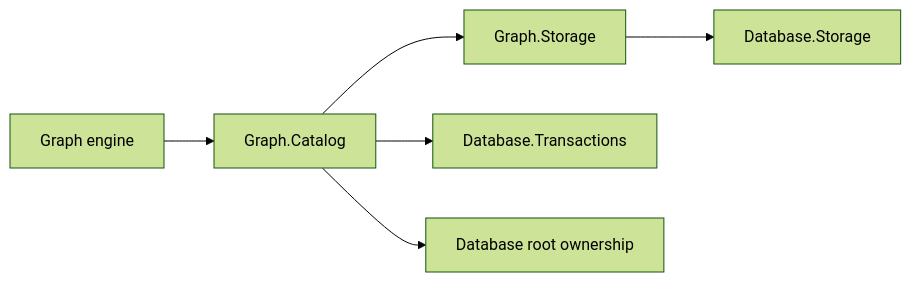
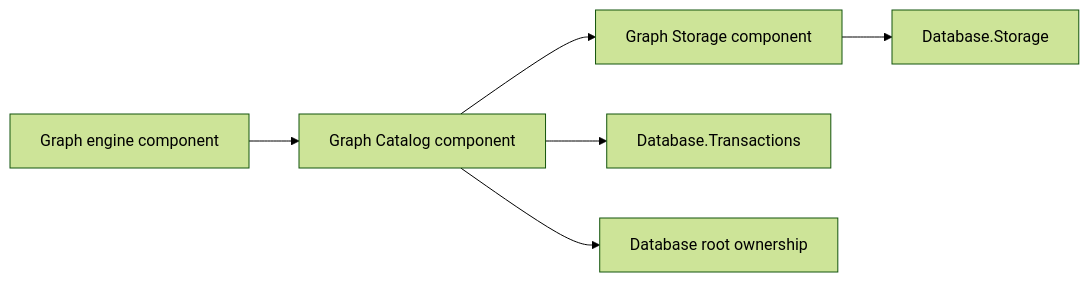
Before and after one commit to assimalign/cohesion: the sixth of 7 diagrams in resources/Database/Assimalign.Cohesion.Database.Graph/docs/DESIGN.md, drawn with Mermaid (forest theme). The commit also changed other lines of this file and 15 other files, not shown here.

````diff
--- a/resources/Database/Assimalign.Cohesion.Database.Graph/docs/DESIGN.md
+++ b/resources/Database/Assimalign.Cohesion.Database.Graph/docs/DESIGN.md
@@ -1895,8 +1896,8 @@
 ```mermaid
 flowchart LR
-    Engine["Graph engine"] --> Catalog["Graph.Catalog"]
-    Catalog --> Store["Graph.Storage"]
+    Engine["Graph engine component"] --> Catalog["Graph Catalog component"]
+    Catalog --> Store["Graph Storage component"]
     Catalog --> Tx["Database.Transactions"]
     Catalog --> Root["Database root ownership"]
     Store --> Kernel["Database.Storage"]
 ```
````
